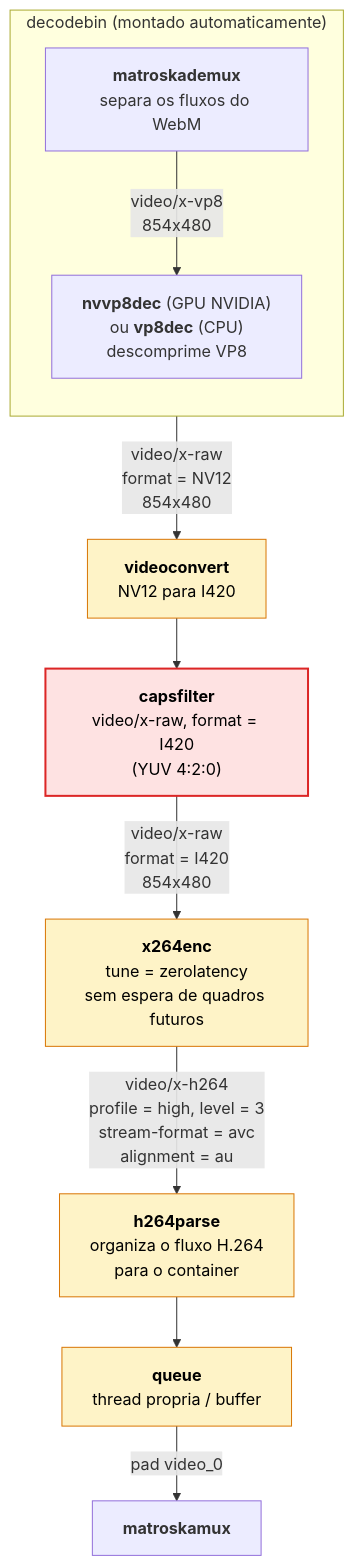
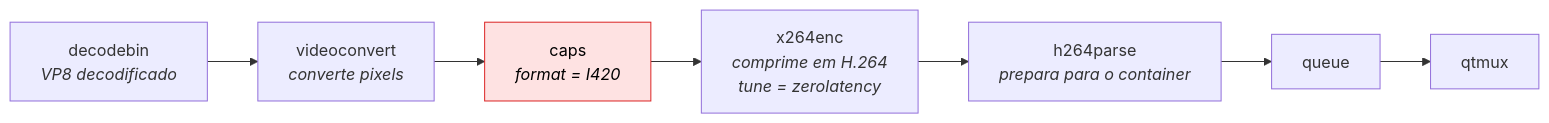
The second of 4 diagrams in exercicio-2/docs/diagramas.md (Raikyr4/Atividade-Pipeline-GStream), drawn with Mermaid before and after one commit. The commit also changed other lines of this file and 6 other files, not shown here.

First line of the commit message:
fix: saida em MOV para audio estereo no Windows e diagramas simplificados

````diff
--- a/exercicio-2/docs/diagramas.md
+++ b/exercicio-2/docs/diagramas.md
@@ -89,21 +24,11 @@
 ```mermaid
-flowchart TD
-    subgraph DEC["decodebin (montado automaticamente)"]
-        direction TB
-        DMX["<b>matroskademux</b><br/>separa os fluxos do WebM"]
-        VP8["<b>nvvp8dec</b> (GPU NVIDIA)<br/>ou <b>vp8dec</b> (CPU)<br/>descomprime VP8"]
-        DMX -->|"video/x-vp8<br/>854x480"| VP8
-    end
+flowchart LR
+    IN["decodebin<br/><i>VP8 decodificado</i>"] --> VC["videoconvert<br/><i>converte pixels</i>"]
+    VC --> CAPS["caps<br/><i>format = I420</i>"]
+    CAPS --> ENC["x264enc<br/><i>comprime em H.264</i><br/><i>tune = zerolatency</i>"]
+    ENC --> HP["h264parse<br/><i>prepara para o container</i>"]
+    HP --> Q["queue"] --> MUX["qtmux"]
 
-    VP8 -->|"video/x-raw<br/>format = NV12<br/>854x480"| VC["<b>videoconvert</b><br/>NV12 para I420"]
-    VC --> CF["<b>capsfilter</b><br/>video/x-raw, format = I420<br/>(YUV 4:2:0)"]
-    CF -->|"video/x-raw<br/>format = I420<br/>854x480"| ENC["<b>x264enc</b><br/>tune = zerolatency<br/>sem espera de quadros futuros"]
-    ENC -->|"video/x-h264<br/>profile = high, level = 3<br/>stream-format = avc<br/>alignment = au"| PARSE["<b>h264parse</b><br/>organiza o fluxo H.264<br/>para o container"]
-    PARSE --> Q["<b>queue</b><br/>thread propria / buffer"]
-    Q -->|"pad video_0"| MUX["<b>matroskamux</b>"]
-
-    classDef caps fill:#fee2e2,stroke:#dc2626,color:#000,stroke-width:2px
-    classDef video fill:#fef3c7,stroke:#d97706,color:#000
-    class CF caps
-    class VC,ENC,PARSE,Q video
+    classDef caps fill:#fee2e2,stroke:#dc2626,color:#000
+    class CAPS caps
 ```
````
